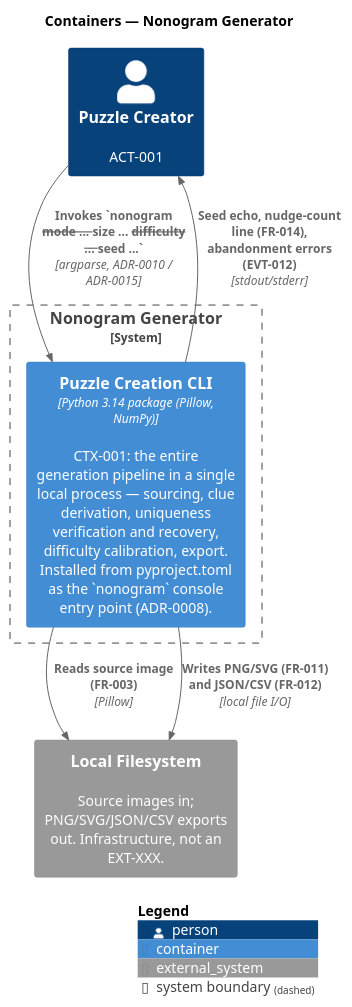
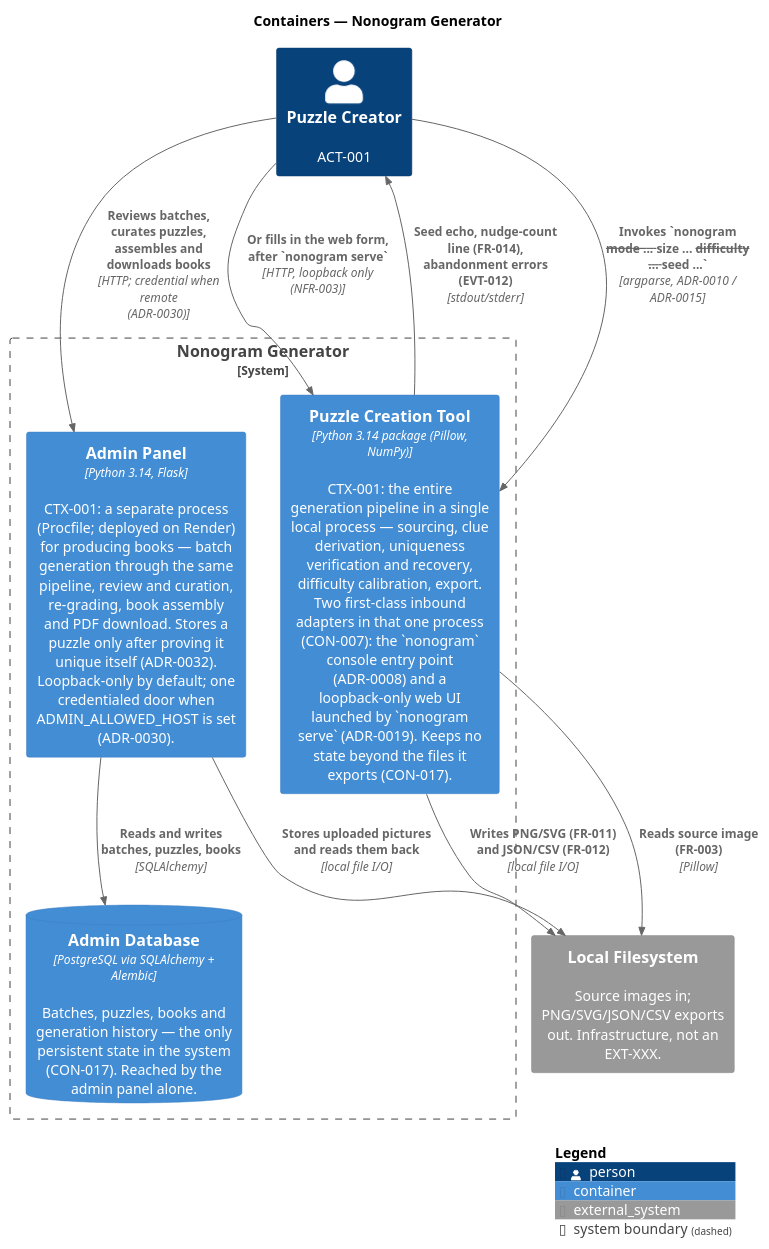
The diagram in meta/architecture/c4/containers.puml (et0175/nonogram), drawn with PlantUML before and after one commit. The commit also changed 2 other files, not shown here.

```diff
--- a/meta/architecture/c4/containers.puml
+++ b/meta/architecture/c4/containers.puml
@@ -1,46 +1,57 @@
 @startuml
 !include <C4/C4_Container>
 ' ============================================================
 ' C4 Containers Diagram — Auto-generated by forge:architect-synthesis.
 ' Do not edit manually.
 ' Generated from:
 '   CTX-001 (Puzzle Creation) — the ONLY bounded context; contexts.yml
 '     context_map is EMPTY (nothing to integrate with), so there is no
 '     broker, no gateway and no ACL container.
 '   platform.yml: stack = Python 3.14 + Pillow + NumPy (ADR-0006);
 '     runtime = installable src-layout package, PEP 621 pyproject.toml,
 '     [project.scripts] console entry point (ADR-0008);
 '     style = layered pipeline package (ADR-0007).
-'   CON-001 (CLI only, no web/GUI in v1) — SUPERSEDED by CON-007
-'   CON-003 (no persistence beyond local file export — hence NO
-'     ContainerDb) — SUPERSEDED by CON-017 on 2026-09-22 (CARD-111).
-'     STALE DIAGRAM, and knowingly so: CON-017 keeps "no database, no
-'     cache, no state that outlives the process" for the generation
-'     pipeline, which is what this diagram draws, but the admin panel
-'     (COMP-009) and its Postgres database (COMP-010) are a second
-'     deployable and a ContainerDb that belong here and are not drawn.
-'     Drawing them is CARD-110's AC-3, deferred there because this
-'     comment forbade what the code already does. The constraint no
-'     longer forbids it.
-' Deliberate single-container outcome: one bounded context, one local
-' process, one deployable artifact. The internal seams of that container
-' (sourcing / clues / solver / difficulty / export / orchestrator / cli)
-' are C4 Level 3 — see components-CTX-001.puml.
+'   CON-007 (CLI and web UI both first-class — superseded CON-001)
+'   CON-017 (the pipeline persists nothing beyond its exports; the admin
+'     panel keeps a database and is the only exception — superseded
+'     CON-003 on 2026-09-22, CARD-111)
+' Three containers, one bounded context (CARD-112, 2026-09-22 — this
+' diagram showed one until then, because CON-003 forbade the other two):
+'   - the generation tool: the CLI and the web UI are two adapters in ONE
+'     process, because ADR-0008 keeps a single console entry point and
+'     `nonogram serve` is a subcommand of it — a second adapter, not a
+'     second container;
+'   - the admin panel: a separate process with its own entry point
+'     (Procfile), deployed on Render;
+'   - its database, which only the admin panel reaches.
+' Their internal seams are C4 Level 3 — see components-CTX-001.puml.
 ' ============================================================
 title Containers — Nonogram Generator
 
 Person(puzzleCreator, "Puzzle Creator", "ACT-001")
 
 System_Boundary(nonogram, "Nonogram Generator") {
-  Container(cliTool, "Puzzle Creation CLI", "Python 3.14 package (Pillow, NumPy)", "CTX-001: the entire generation pipeline in a single local process — sourcing, clue derivation, uniqueness verification and recovery, difficulty calibration, export. Installed from pyproject.toml as the `nonogram` console entry point (ADR-0008).")
+  Container(cliTool, "Puzzle Creation Tool", "Python 3.14 package (Pillow, NumPy)", "CTX-001: the entire generation pipeline in a single local process — sourcing, clue derivation, uniqueness verification and recovery, difficulty calibration, export. Two first-class inbound adapters in that one process (CON-007): the `nonogram` console entry point (ADR-0008) and a loopback-only web UI launched by `nonogram serve` (ADR-0019). Keeps no state beyond the files it exports (CON-017).")
+
+  Container(adminPanel, "Admin Panel", "Python 3.14, Flask", "CTX-001: a separate process (Procfile; deployed on Render) for producing books — batch generation through the same pipeline, review and curation, re-grading, book assembly and PDF download. Stores a puzzle only after proving it unique itself (ADR-0032). Loopback-only by default; one credentialed door when ADMIN_ALLOWED_HOST is set (ADR-0030).")
+
+  ContainerDb(database, "Admin Database", "PostgreSQL via SQLAlchemy + Alembic", "Batches, puzzles, books and generation history — the only persistent state in the system (CON-017). Reached by the admin panel alone.")
 }
 
 System_Ext(filesystem, "Local Filesystem", "Source images in; PNG/SVG/JSON/CSV exports out. Infrastructure, not an EXT-XXX.")
 
 Rel(puzzleCreator, cliTool, "Invokes `nonogram --mode ... --size ... --difficulty ... --seed ...`", "argparse, ADR-0010 / ADR-0015")
 Rel(cliTool, puzzleCreator, "Seed echo, nudge-count line (FR-014), abandonment errors (EVT-012)", "stdout/stderr")
+Rel(puzzleCreator, cliTool, "Or fills in the web form, after `nonogram serve`", "HTTP, loopback only (NFR-003)")
 Rel(cliTool, filesystem, "Reads source image (FR-003)", "Pillow")
 Rel(cliTool, filesystem, "Writes PNG/SVG (FR-011) and JSON/CSV (FR-012)", "local file I/O")
 
+' No Rel between adminPanel and cliTool, deliberately: the admin panel imports
+' the same generation package into its OWN process; it never calls the other
+' container. An arrow here would claim an inter-process call that does not exist.
+Rel(puzzleCreator, adminPanel, "Reviews batches, curates puzzles, assembles and downloads books", "HTTP; credential when remote (ADR-0030)")
+Rel(adminPanel, database, "Reads and writes batches, puzzles, books", "SQLAlchemy")
+Rel(adminPanel, filesystem, "Stores uploaded pictures and reads them back", "local file I/O")
+
 SHOW_LEGEND()
 @enduml
```
